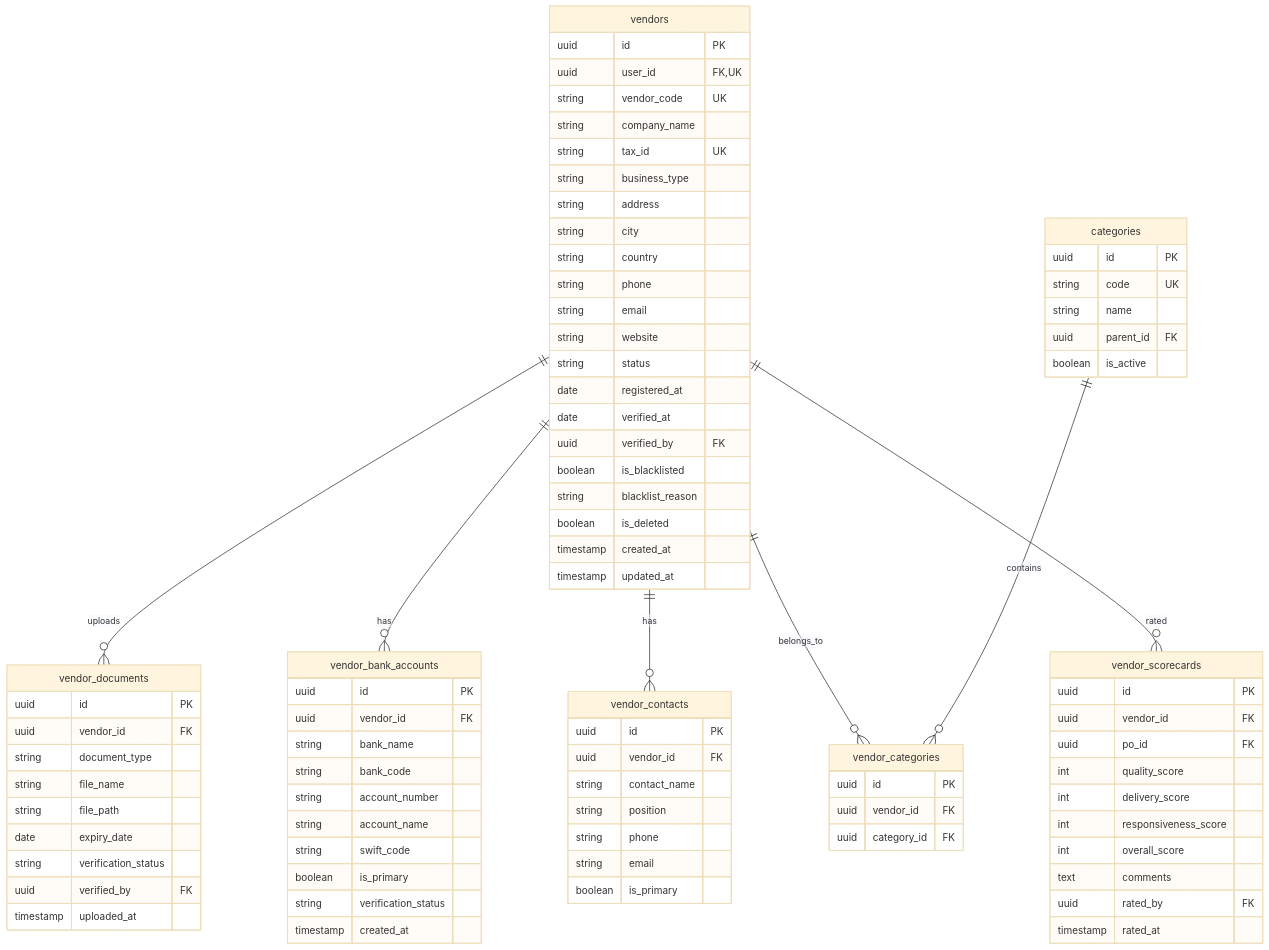
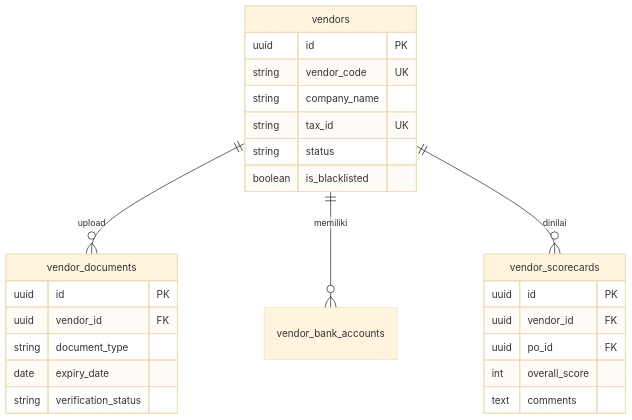
Before and after one commit to Vencore-erp/documentation: the fourth of 5 diagrams in system_design/DATABASE_SCHEMA.md, drawn with Mermaid (base theme). The commit also changed other lines of this file, not shown here.

Commit message:
Update DATABASE_SCHEMA.md with detailed Indonesian explanations

````diff
--- a/system_design/DATABASE_SCHEMA.md
+++ b/system_design/DATABASE_SCHEMA.md
@@ -337,95 +238,29 @@
 ```mermaid
 erDiagram
-    vendors ||--o{ vendor_documents : uploads
-    vendors ||--o{ vendor_bank_accounts : has
-    vendors ||--o{ vendor_contacts : has
-    vendors ||--o{ vendor_categories : belongs_to
-    vendors ||--o{ vendor_scorecards : rated
-    categories ||--o{ vendor_categories : contains
+    vendors ||--o{ vendor_documents : upload
+    vendors ||--o{ vendor_bank_accounts : memiliki
+    vendors ||--o{ vendor_scorecards : dinilai
 
     vendors {
         uuid id PK
-        uuid user_id FK,UK
         string vendor_code UK
         string company_name
         string tax_id UK
-        string business_type
-        string address
-        string city
-        string country
-        string phone
-        string email
-        string website
         string status
-        date registered_at
-        date verified_at
-        uuid verified_by FK
         boolean is_blacklisted
-        string blacklist_reason
-        boolean is_deleted
-        timestamp created_at
-        timestamp updated_at
     }
-
     vendor_documents {
         uuid id PK
         uuid vendor_id FK
         string document_type
-        string file_name
-        string file_path
         date expiry_date
         string verification_status
-        uuid verified_by FK
-        timestamp uploaded_at
     }
-
-    vendor_bank_accounts {
-        uuid id PK
-        uuid vendor_id FK
-        string bank_name
-        string bank_code
-        string account_number
-        string account_name
-        string swift_code
-        boolean is_primary
-        string verification_status
-        timestamp created_at
-    }
-
-    vendor_contacts {
-        uuid id PK
-        uuid vendor_id FK
-        string contact_name
-        string position
-        string phone
-        string email
-        boolean is_primary
-    }
-
-    categories {
-        uuid id PK
-        string code UK
-        string name
-        uuid parent_id FK
-        boolean is_active
-    }
-
-    vendor_categories {
-        uuid id PK
-        uuid vendor_id FK
-        uuid category_id FK
-    }
-
     vendor_scorecards {
         uuid id PK
         uuid vendor_id FK
         uuid po_id FK
-        int quality_score
-        int delivery_score
-        int responsiveness_score
         int overall_score
         text comments
-        uuid rated_by FK
-        timestamp rated_at
     }
 ```
````
